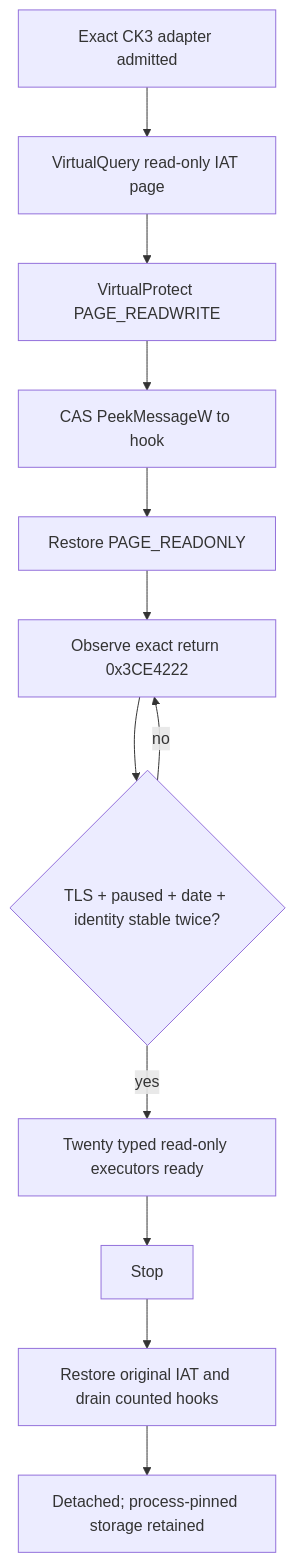
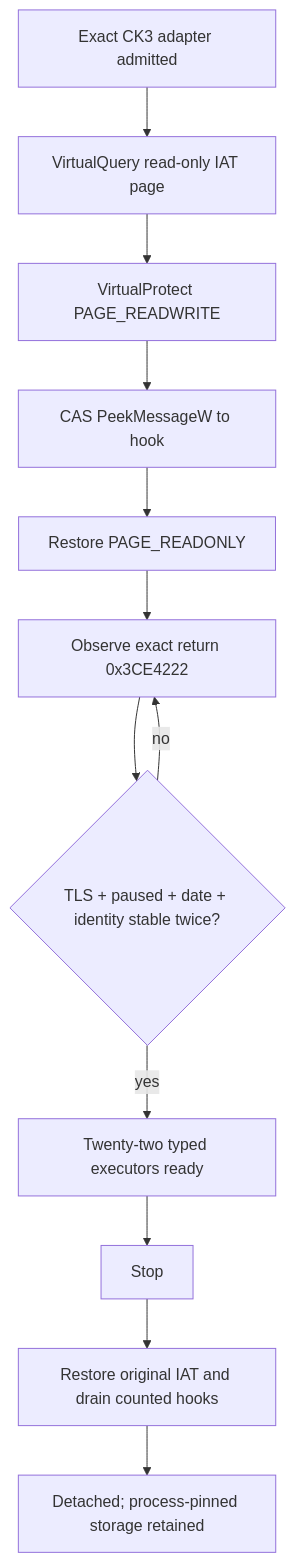
One commit to XenoAmess/ck3_eternal_recurrence changed the first of 3 diagrams in docs/ck3-native-ai/main-thread-query-mailbox.md. Above: the diagram before and after it, drawn with Mermaid. The commit also changed other lines of this file and 42 other files, not shown here.

````diff
--- a/docs/ck3-native-ai/main-thread-query-mailbox.md
+++ b/docs/ck3-native-ai/main-thread-query-mailbox.md
@@ -113,14 +121,14 @@
 ```mermaid
 flowchart TD
     A[Exact CK3 adapter admitted] --> B[VirtualQuery read-only IAT page]
     B --> C[VirtualProtect PAGE_READWRITE]
     C --> D[CAS PeekMessageW to hook]
     D --> E[Restore PAGE_READONLY]
     E --> F[Observe exact return 0x3CE4222]
     F --> G{TLS + paused + date + identity stable twice?}
     G -- no --> F
-    G -- yes --> H[Twenty typed read-only executors ready]
+    G -- yes --> H[Twenty-two typed executors ready]
     H --> I[Stop]
     I --> J[Restore original IAT and drain counted hooks]
     J --> K[Detached; process-pinned storage retained]
 ```
````
